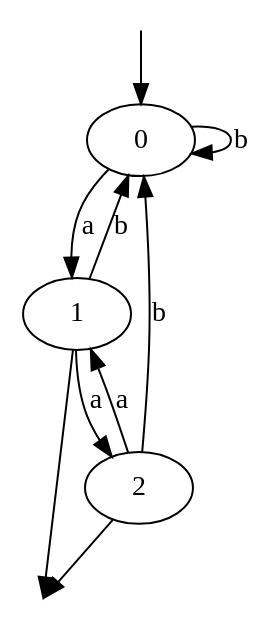
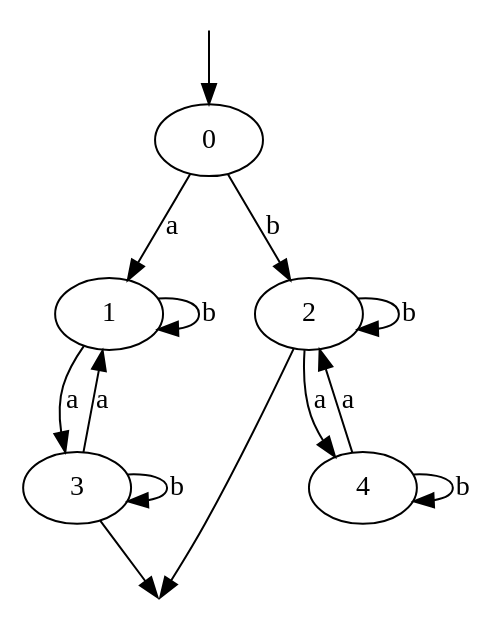
The diagram in automateDeterministe.dot (omarelhorre/automate), drawn with Graphviz before and after one commit. The commit also changed 7 other files, not shown here.

```diff
--- a/automateDeterministe.dot
+++ b/automateDeterministe.dot
@@ -1,13 +1,17 @@
 digraph G {
 init [shape=point shape=point style=filled, fillcolor=white color=white];
 fin [shape=point shape=point style=filled, fillcolor=white color=white];
 init -> 0;
-0 -> 0 [label="b"];
 0 -> 1 [label="a"];
-1 -> 0 [label="b"];
-1 -> 2 [label="a"];
-2 -> 0 [label="b"];
-2 -> 1 [label="a"];
-1 -> fin;
+0 -> 2 [label="b"];
+1 -> 3 [label="a"];
+1 -> 1 [label="b"];
+2 -> 4 [label="a"];
+2 -> 2 [label="b"];
+3 -> 1 [label="a"];
+3 -> 3 [label="b"];
+4 -> 2 [label="a"];
+4 -> 4 [label="b"];
 2 -> fin;
+3 -> fin;
 }
```
